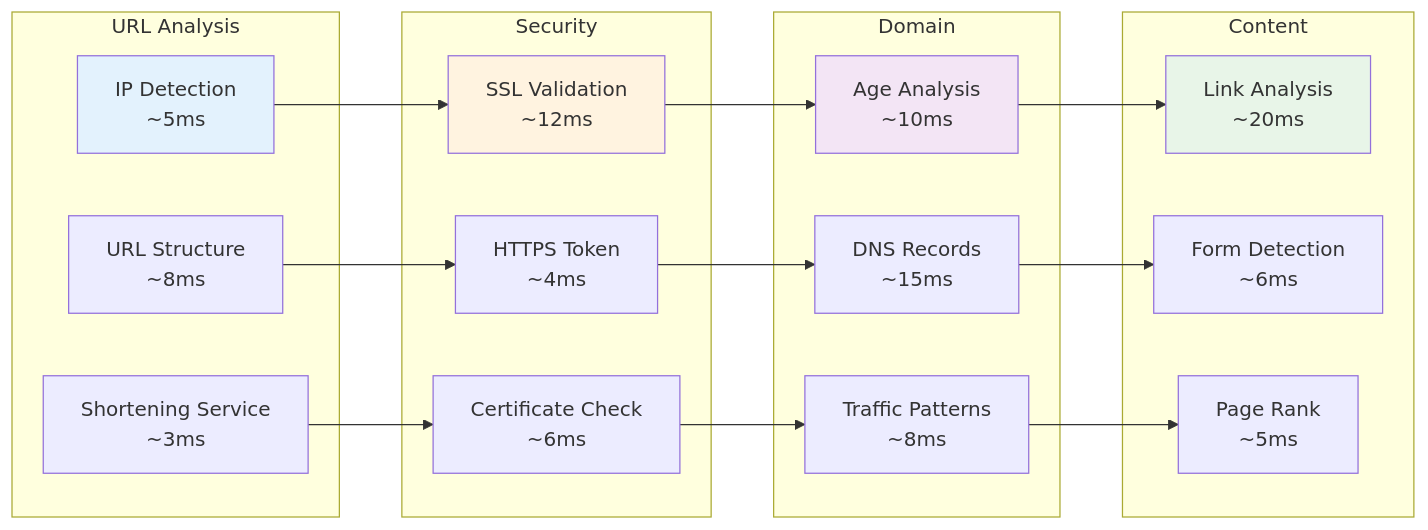
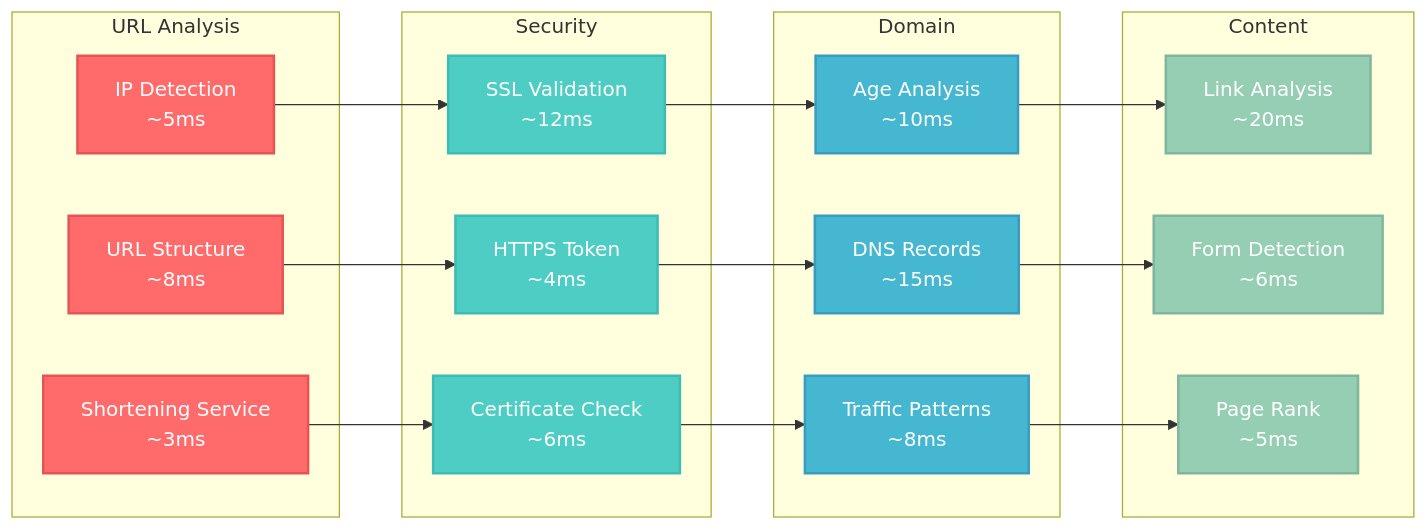
Before and after one commit to Charan703/E2E_NetworkSecurity: the fifth of 9 diagrams in README.md, drawn with Mermaid. The commit also changed other lines of this file and 6 other files, not shown here.

````diff
--- a/README.md
+++ b/README.md
@@ -205,41 +205,49 @@
 ```mermaid
 flowchart LR
     subgraph "URL Analysis"
         A[IP Detection<br/>~5ms]
         B[URL Structure<br/>~8ms]
         C[Shortening Service<br/>~3ms]
     end
     
     subgraph "Security"
         D[SSL Validation<br/>~12ms]
         E[HTTPS Token<br/>~4ms]
         F[Certificate Check<br/>~6ms]
     end
     
     subgraph "Domain"
         G[Age Analysis<br/>~10ms]
         H[DNS Records<br/>~15ms]
         I[Traffic Patterns<br/>~8ms]
     end
     
     subgraph "Content"
         J[Link Analysis<br/>~20ms]
         K[Form Detection<br/>~6ms]
         L[Page Rank<br/>~5ms]
     end
     
     A --> D
     B --> E
     C --> F
     D --> G
     E --> H
     F --> I
     G --> J
     H --> K
     I --> L
     
-    style A fill:#e3f2fd
-    style D fill:#fff3e0
-    style G fill:#f3e5f5
-    style J fill:#e8f5e8
+    style A fill:#FF6B6B,stroke:#E55555,stroke-width:2px,color:#fff
+    style B fill:#FF6B6B,stroke:#E55555,stroke-width:2px,color:#fff
+    style C fill:#FF6B6B,stroke:#E55555,stroke-width:2px,color:#fff
+    style D fill:#4ECDC4,stroke:#3CBCB4,stroke-width:2px,color:#fff
+    style E fill:#4ECDC4,stroke:#3CBCB4,stroke-width:2px,color:#fff
+    style F fill:#4ECDC4,stroke:#3CBCB4,stroke-width:2px,color:#fff
+    style G fill:#45B7D1,stroke:#3A9BC1,stroke-width:2px,color:#fff
+    style H fill:#45B7D1,stroke:#3A9BC1,stroke-width:2px,color:#fff
+    style I fill:#45B7D1,stroke:#3A9BC1,stroke-width:2px,color:#fff
+    style J fill:#96CEB4,stroke:#7FB69E,stroke-width:2px,color:#fff
+    style K fill:#96CEB4,stroke:#7FB69E,stroke-width:2px,color:#fff
+    style L fill:#96CEB4,stroke:#7FB69E,stroke-width:2px,color:#fff
 ```
````
